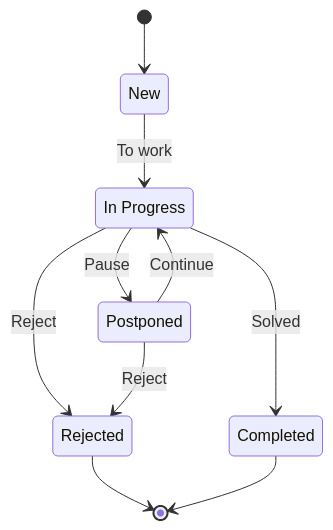
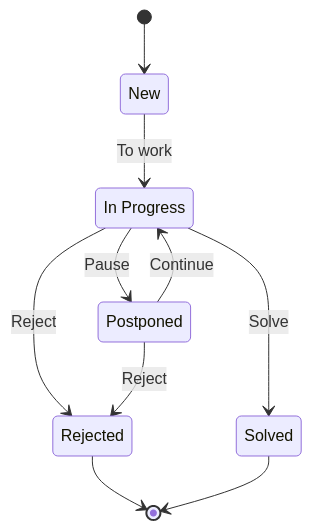
The first of 2 diagrams in docs/mvp.md (krivobokovvv/project-life), drawn with Mermaid before and after one commit. The commit also changed other lines of this file and 1 other file, not shown here.

Commit message:
Developing Dairy application.

````diff
--- a/docs/mvp.md
+++ b/docs/mvp.md
@@ -30,18 +30,18 @@
 ```mermaid
 stateDiagram-v2
     N : New
     P : In Progress
     Pp : Postponed
-    C : Completed
+    C : Solved
     R : Rejected
 
     [*] --> N
     N --> P : To work
     P --> R : Reject
-    P --> C : Solved
+    P --> C : Solve
     P --> Pp : Pause
     Pp --> P : Continue
     Pp --> R : Reject
     R --> [*]
     C --> [*]
 ```
````
